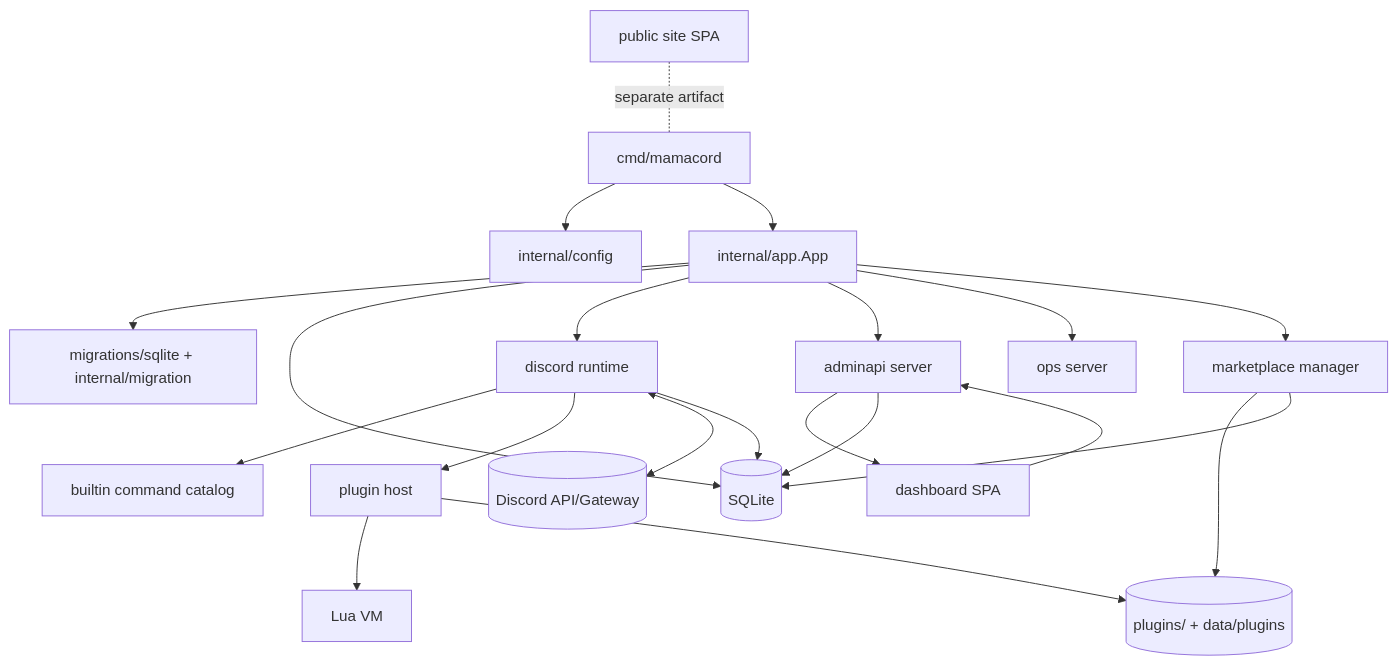
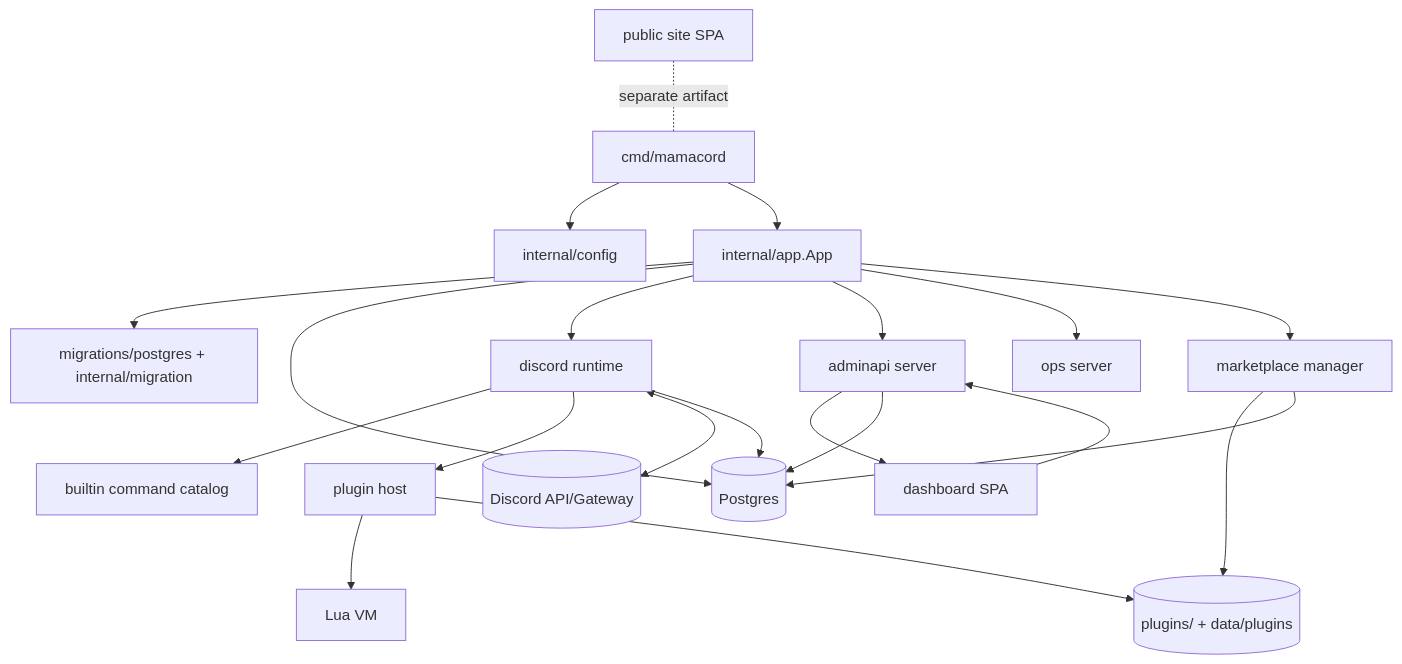
One commit to xsyetopz/go-mamacord changed the first of 11 diagrams in docs/architecture-audit-2026-05-23.md. Above: the diagram before and after it, drawn with Mermaid. The commit also changed other lines of this file and 417 other files, not shown here.

Commit message:
Refactor runtime and move to Postgres-only architecture

````diff
--- a/docs/architecture-audit-2026-05-23.md
+++ b/docs/architecture-audit-2026-05-23.md
@@ -37,40 +43,40 @@
 ```mermaid
 flowchart TD
     CLI[cmd/mamacord]
     APP[internal/app.App]
     CFG[internal/config]
-    DB[(SQLite)]
-    MIG[migrations/sqlite + internal/migration]
+    DB[(Postgres)]
+    MIG[migrations/postgres + internal/migration]
     OPS[ops server]
     ADMIN[adminapi server]
     BOT[discord runtime]
     CMDS[builtin command catalog]
     PHOST[plugin host]
     LUA[Lua VM]
     MKT[marketplace manager]
     DASH[dashboard SPA]
     SITE[public site SPA]
     DISCORD[(Discord API/Gateway)]
     PLUGDIR[(plugins/ + data/plugins)]
 
     CLI --> CFG
     CLI --> APP
     APP --> MIG
     APP --> DB
     APP --> BOT
     APP --> ADMIN
     APP --> OPS
     APP --> MKT
     BOT --> CMDS
     BOT --> PHOST
     PHOST --> LUA
     BOT <--> DISCORD
     ADMIN --> DASH
     DASH --> ADMIN
     SITE -. separate artifact .- CLI
     PHOST --> PLUGDIR
     MKT --> PLUGDIR
     MKT --> DB
     ADMIN --> DB
     BOT --> DB
 ```
````
